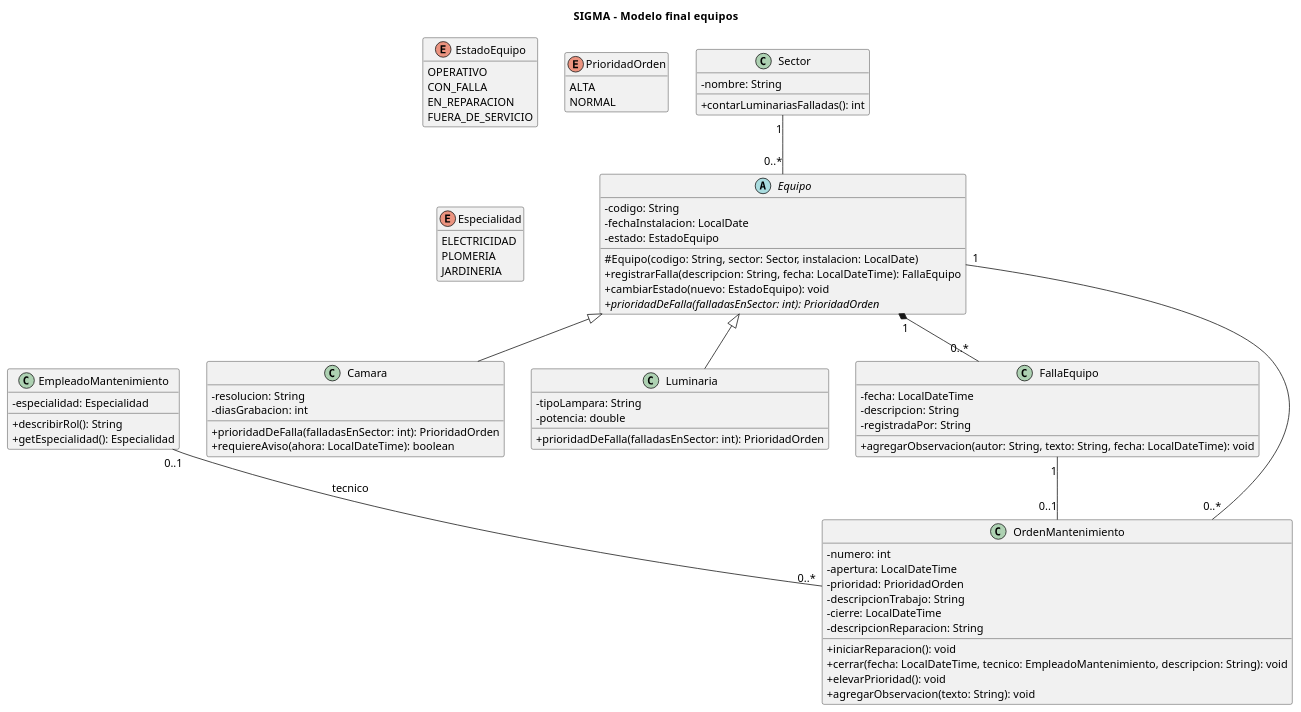
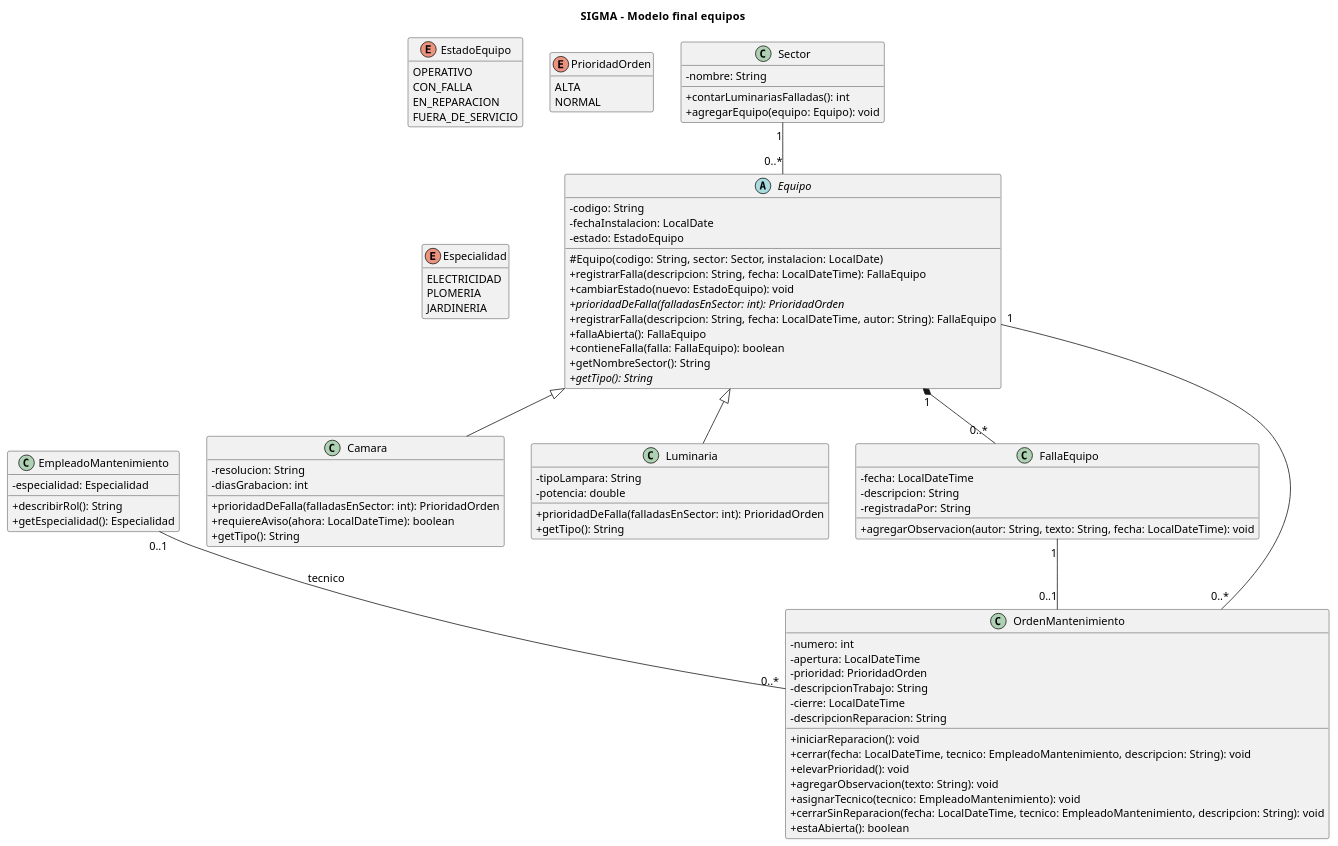
One commit to fedemarr/TP-POO-SIGMA changed the diagram in docs/uml/04-equipos.puml. Above: the diagram before and after it, drawn with PlantUML. The commit also changed 42 other files, not shown here.

```diff
--- a/docs/uml/04-equipos.puml
+++ b/docs/uml/04-equipos.puml
@@ -1,88 +1,99 @@
 @startuml 04-equipos
 title SIGMA - Modelo final   equipos
 scale max 3800*3800
 skinparam defaultFontName Arial
 skinparam defaultFontSize 14
 skinparam classAttributeIconSize 0
 skinparam shadowing false
 hide empty members
 
 abstract class Equipo {
     - codigo: String
     - fechaInstalacion: LocalDate
     - estado: EstadoEquipo
     # Equipo(codigo: String, sector: Sector, instalacion: LocalDate)
     + registrarFalla(descripcion: String, fecha: LocalDateTime): FallaEquipo
     + cambiarEstado(nuevo: EstadoEquipo): void
     + {abstract} prioridadDeFalla(falladasEnSector: int): PrioridadOrden
+    + registrarFalla(descripcion: String, fecha: LocalDateTime, autor: String): FallaEquipo
+    + fallaAbierta(): FallaEquipo
+    + contieneFalla(falla: FallaEquipo): boolean
+    + getNombreSector(): String
+    + {abstract} getTipo(): String
   }
 
 class Camara {
     - resolucion: String
     - diasGrabacion: int
     + prioridadDeFalla(falladasEnSector: int): PrioridadOrden
     + requiereAviso(ahora: LocalDateTime): boolean
+    + getTipo(): String
   }
 
 class Luminaria {
     - tipoLampara: String
     - potencia: double
     + prioridadDeFalla(falladasEnSector: int): PrioridadOrden
+    + getTipo(): String
   }
 
 class Sector {
     - nombre: String
     + contarLuminariasFalladas(): int
+    + agregarEquipo(equipo: Equipo): void
   }
 
 class FallaEquipo {
     - fecha: LocalDateTime
     - descripcion: String
     - registradaPor: String
     + agregarObservacion(autor: String, texto: String, fecha: LocalDateTime): void
   }
 
 class OrdenMantenimiento {
     - numero: int
     - apertura: LocalDateTime
     - prioridad: PrioridadOrden
     - descripcionTrabajo: String
     - cierre: LocalDateTime
     - descripcionReparacion: String
     + iniciarReparacion(): void
     + cerrar(fecha: LocalDateTime, tecnico: EmpleadoMantenimiento, descripcion: String): void
     + elevarPrioridad(): void
     + agregarObservacion(texto: String): void
+    + asignarTecnico(tecnico: EmpleadoMantenimiento): void
+    + cerrarSinReparacion(fecha: LocalDateTime, tecnico: EmpleadoMantenimiento, descripcion: String): void
+    + estaAbierta(): boolean
   }
 
 enum EstadoEquipo {
     OPERATIVO
     CON_FALLA
     EN_REPARACION
     FUERA_DE_SERVICIO
   }
 
 enum PrioridadOrden {
     ALTA
     NORMAL
   }
 
 class EmpleadoMantenimiento {
     - especialidad: Especialidad
     + describirRol(): String
     + getEspecialidad(): Especialidad
   }
 
 enum Especialidad {
     ELECTRICIDAD
     PLOMERIA
     JARDINERIA
   }
 Equipo <|-- Camara
 Equipo <|-- Luminaria
 Sector "1" -- "0..*" Equipo
 Equipo "1" *-- "0..*" FallaEquipo
 Equipo "1" -- "0..*" OrdenMantenimiento
 FallaEquipo "1" -- "0..1" OrdenMantenimiento
 EmpleadoMantenimiento "0..1" -- "0..*" OrdenMantenimiento : tecnico
 @enduml
```
